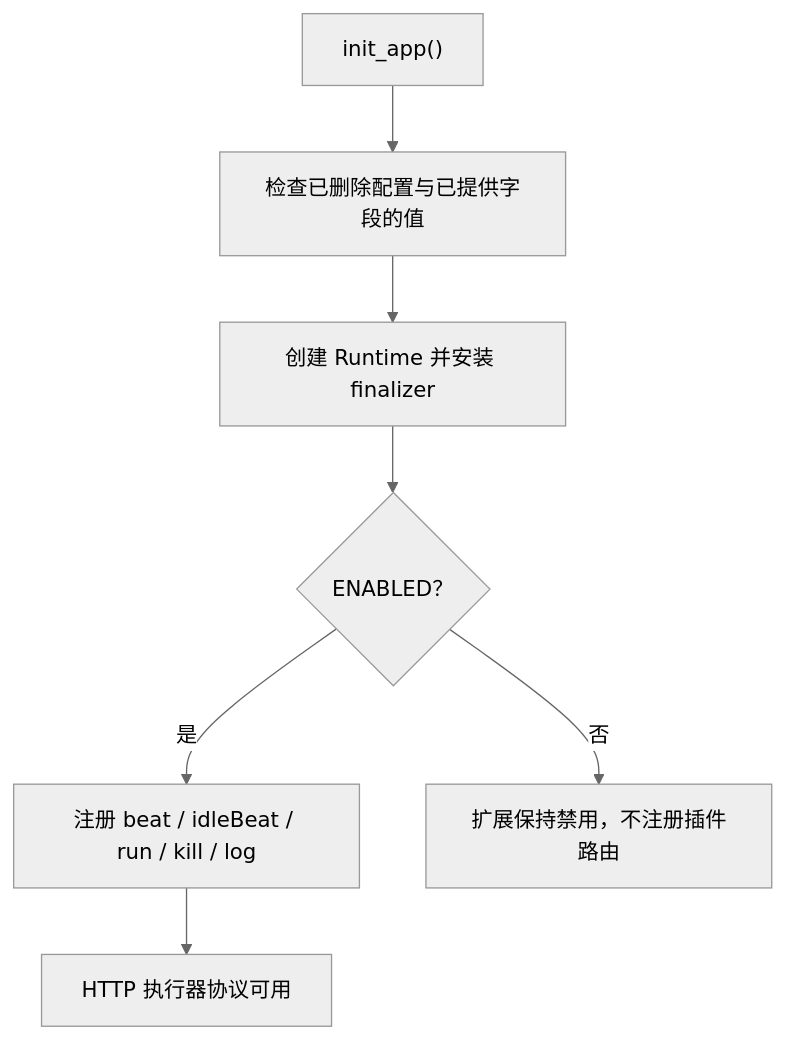
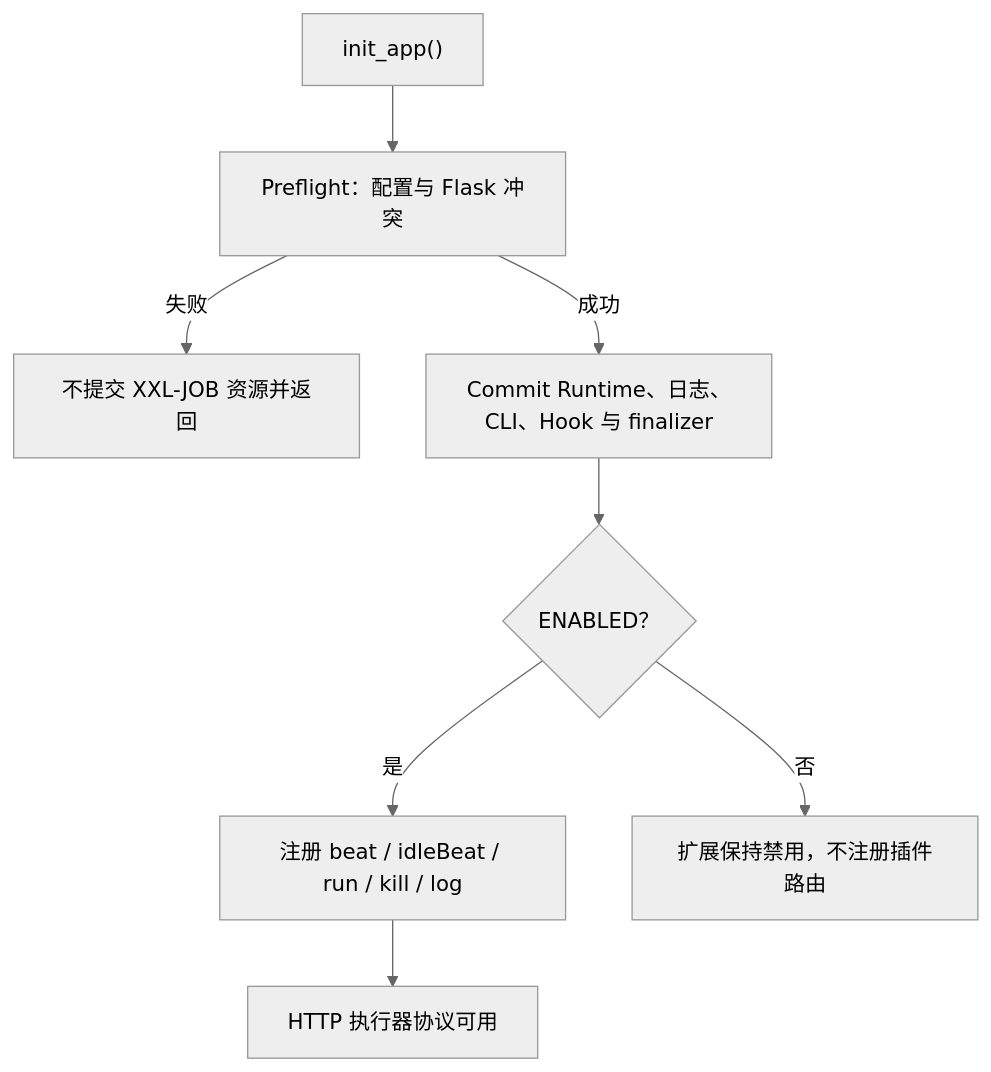
The first of 2 diagrams in docs/deployment.zh-CN.md (pumpkin-nbc/Flask-XXLJob), drawn with Mermaid (neutral theme) before and after one commit. The commit also changed other lines of this file and 36 other files, not shown here.

````diff
--- a/docs/deployment.zh-CN.md
+++ b/docs/deployment.zh-CN.md
@@ -10,9 +10,10 @@
 ```mermaid
 flowchart TD
-    A["init_app()"] --> B["检查已删除配置与已提供字段的值"]
-    B --> C["创建 Runtime 并安装 finalizer"]
-    C --> D{"ENABLED？"}
-    D -->|"是"| E["注册 beat / idleBeat / run / kill / log"]
-    E --> F["HTTP 执行器协议可用"]
-    D -->|"否"| G["扩展保持禁用，不注册插件路由"]
+    A["init_app()"] --> B["Preflight：配置与 Flask 冲突"]
+    B -->|"失败"| C["不提交 XXL-JOB 资源并返回"]
+    B -->|"成功"| D["Commit Runtime、日志、CLI、Hook 与 finalizer"]
+    D --> E{"ENABLED？"}
+    E -->|"是"| F["注册 beat / idleBeat / run / kill / log"]
+    F --> G["HTTP 执行器协议可用"]
+    E -->|"否"| H["扩展保持禁用，不注册插件路由"]
 ```
````
